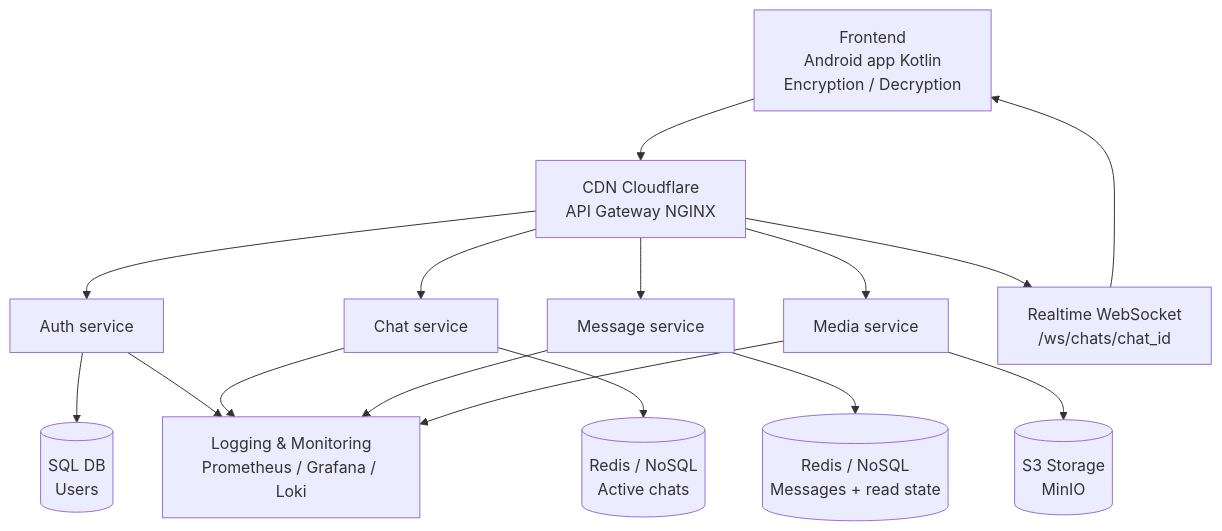
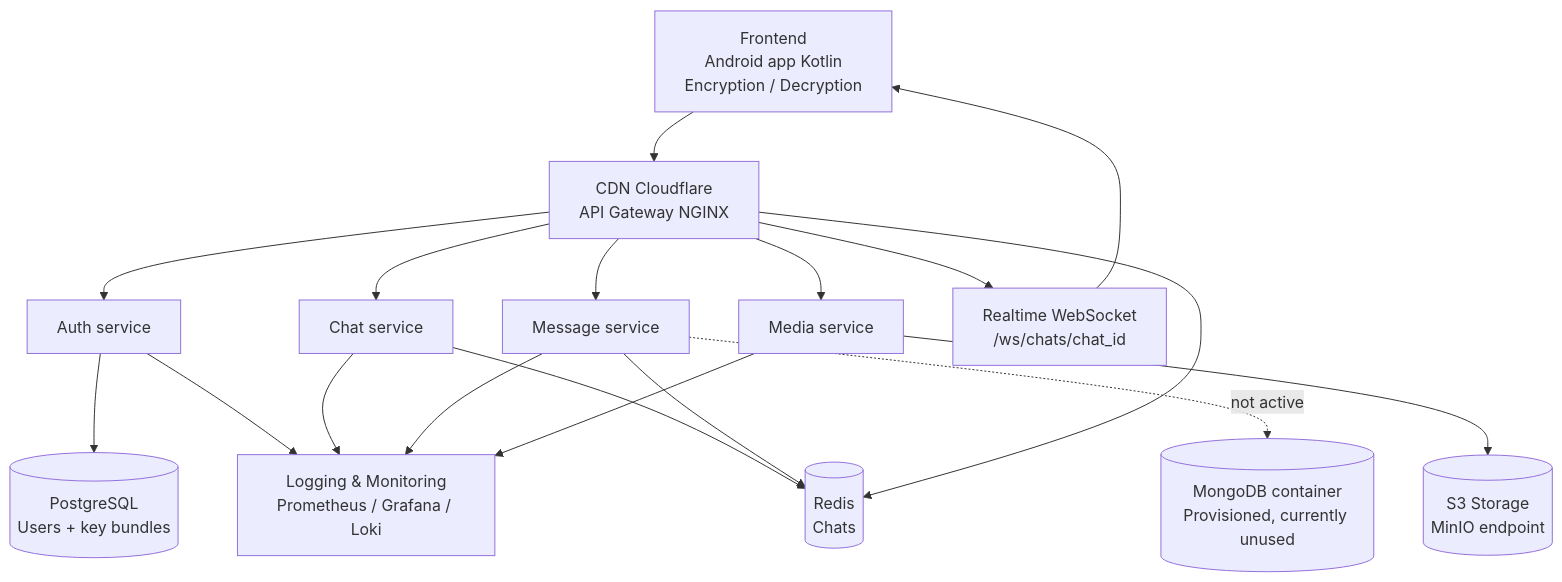
One commit to Myob11/E2EE changed the first of 2 diagrams in README.md. Above: the diagram before and after it, drawn with Mermaid.

````diff
--- a/README.md
+++ b/README.md
@@ -24,21 +24,23 @@
 ```mermaid
 flowchart TD
 		A[Frontend<br/>Android app Kotlin<br/>Encryption / Decryption] --> B[CDN Cloudflare<br/>API Gateway NGINX]
 
 		B --> C[Auth service]
 		B --> D[Chat service]
 		B --> E[Message service]
 		B --> F[Media service]
         B --> G[Realtime WebSocket<br/>/ws/chats/chat_id]
 
-		C --> CDB[(SQL DB<br/>Users)]
-		D --> DDB[(Redis / NoSQL<br/>Active chats)]
-        E --> EDB[(Redis / NoSQL<br/>Messages + read state)]
-		F --> FDB[(S3 Storage<br/>MinIO)]
+        C --> CDB[(PostgreSQL<br/>Users + key bundles)]
+        D --> RDB[(Redis<br/>Chats)]
+        E --> RDB
+        B --> RDB
+		F --> FDB[(S3 Storage<br/>MinIO endpoint)]
+        E -. not active .-> MDB[(MongoDB container<br/>Provisioned, currently unused)]
 
         C --> OBS[Logging & Monitoring<br/>Prometheus / Grafana / Loki]
 		D --> OBS
 		E --> OBS
 		F --> OBS
         G --> A
 ```
````
